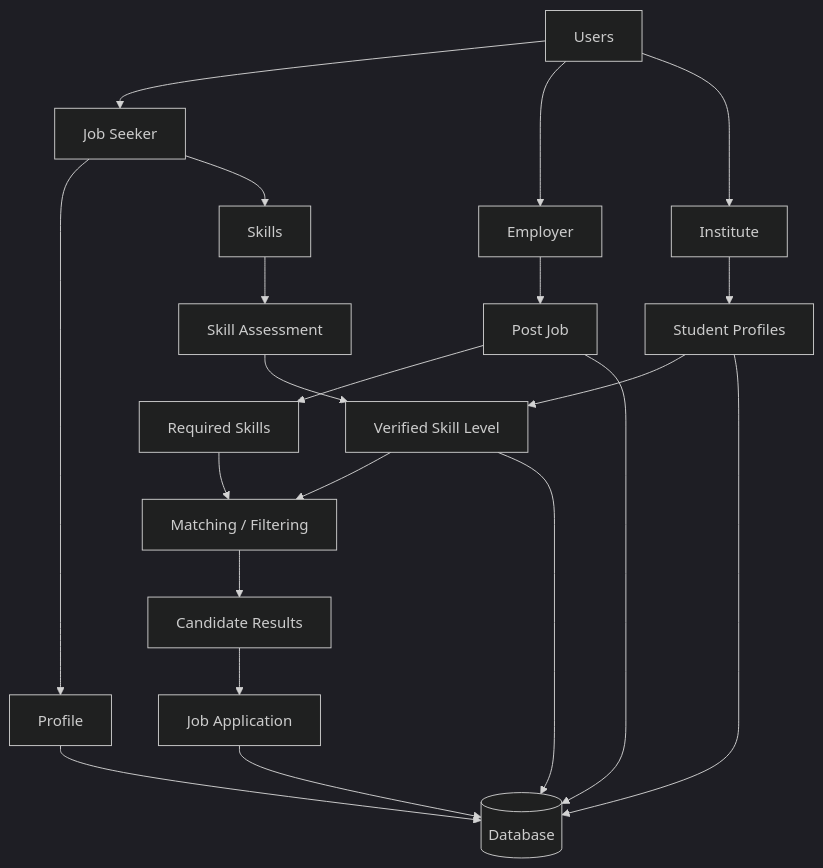
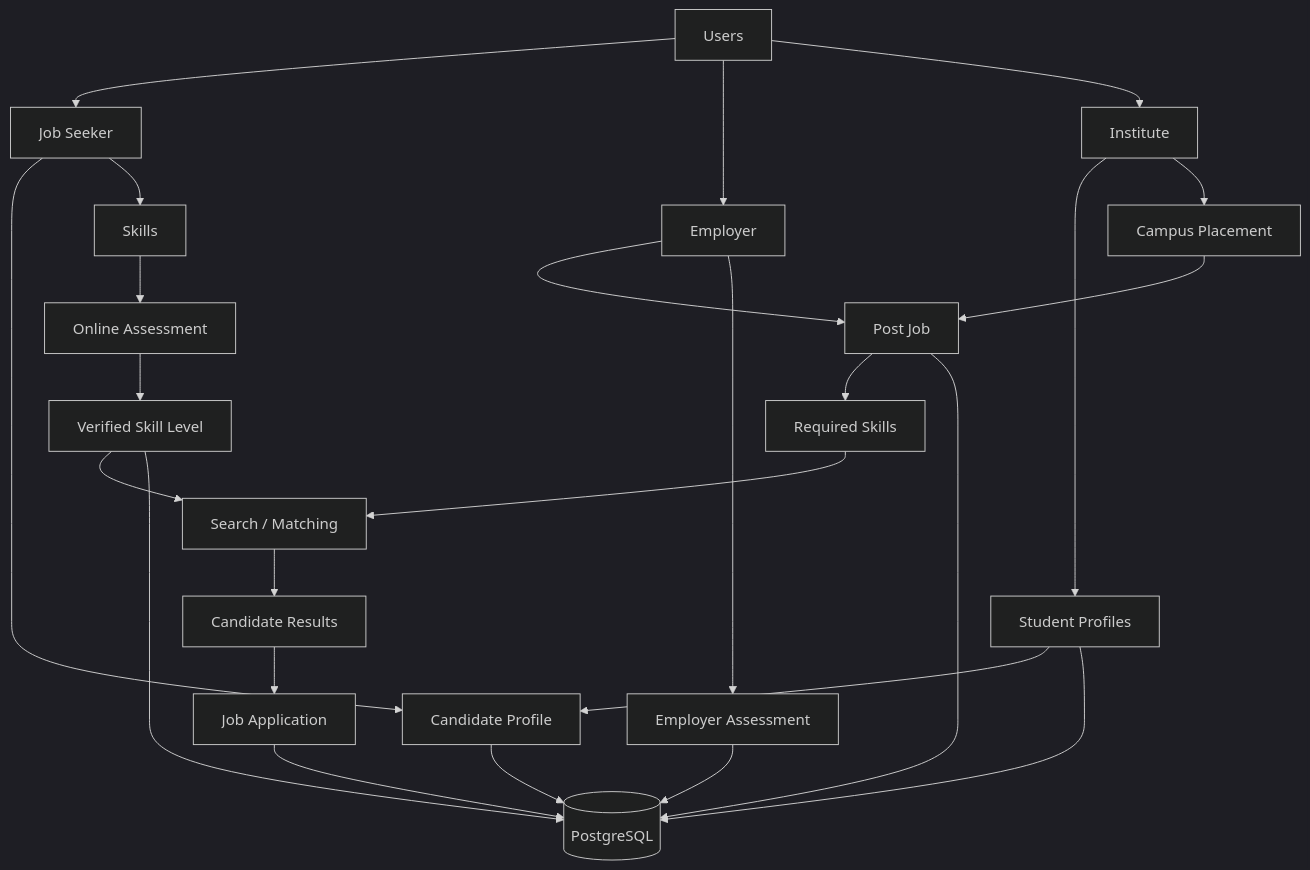
One commit to Nimish077/TALENT-GRID changed the first of 2 diagrams in readme.md. Above: the diagram before and after it, drawn with Mermaid (dark theme). The commit also changed other lines of this file, not shown here.

````diff
--- a/readme.md
+++ b/readme.md
@@ -23,31 +46,40 @@
-```mermaid 
-    flowchart TB
+```mermaid
+flowchart TB
+
     U["Users"]
 
     U --> JS["Job Seeker"]
     U --> E["Employer"]
     U --> I["Institute"]
 
-    JS --> P["Profile"]
+    %% Job Seeker
+    JS --> P["Candidate Profile"]
     JS --> S["Skills"]
-    S --> A["Skill Assessment"]
+    S --> A["Online Assessment"]
     A --> V["Verified Skill Level"]
 
+    %% Employer
     E --> J["Post Job"]
     J --> R["Required Skills"]
+    E --> OA["Employer Assessment"]
 
-    V --> M["Matching / Filtering"]
+    %% Matching
+    V --> M["Search / Matching"]
     R --> M
-
     M --> C["Candidate Results"]
     C --> AP["Job Application"]
 
+    %% Institute
     I --> ST["Student Profiles"]
-    ST --> V
+    I --> CP["Campus Placement"]
+    ST --> P
+    CP --> J
 
-    P --> DB[("Database")]
+    %% Database
+    P --> DB[("PostgreSQL")]
     V --> DB
     J --> DB
+    OA --> DB
     AP --> DB
     ST --> DB
 ```
````
